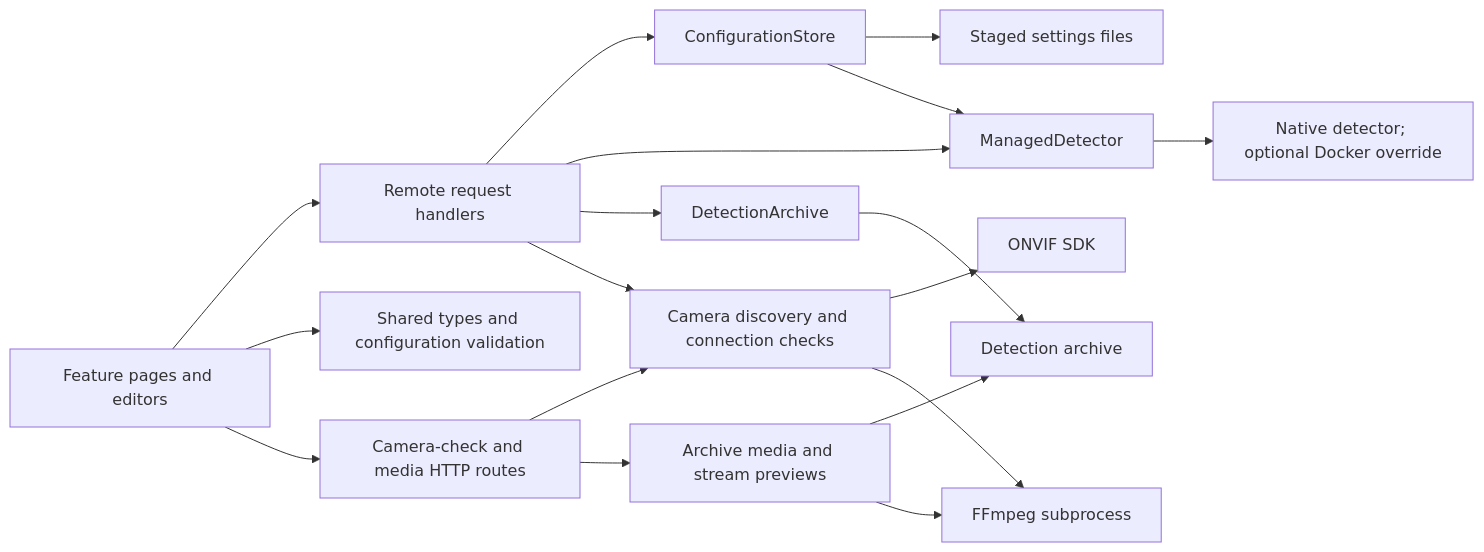
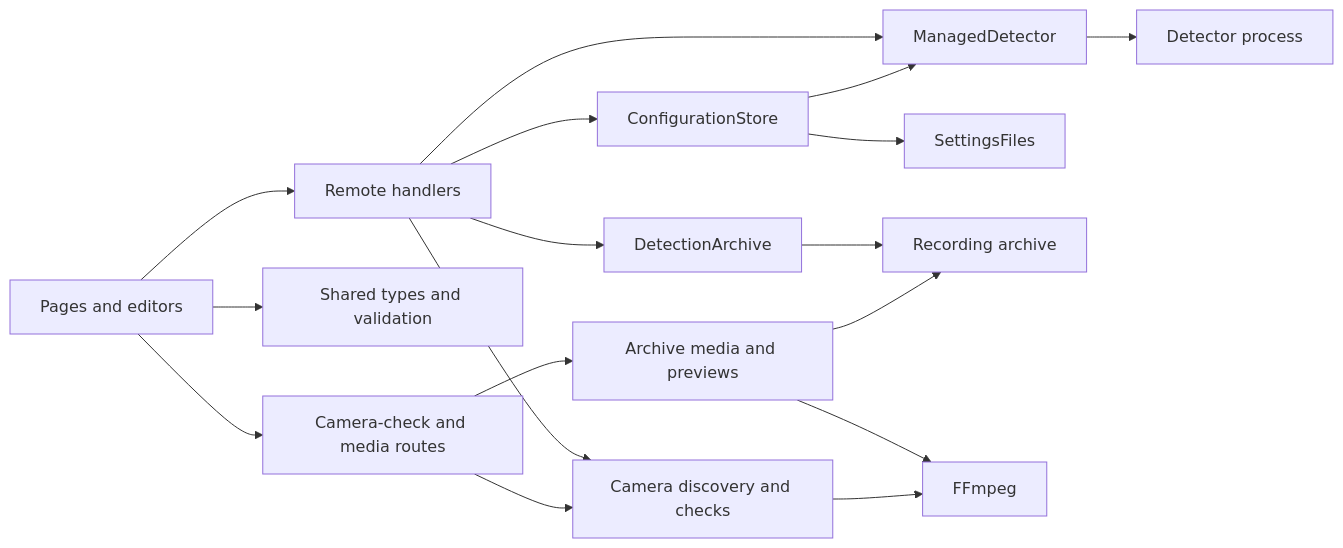
One commit to ESchouten/ai-detector changed the diagram in web/ARCHITECTURE.md. Above: the diagram before and after it, drawn with Mermaid. The commit also changed other lines of this file and 11 other files, not shown here.

````diff
--- a/web/ARCHITECTURE.md
+++ b/web/ARCHITECTURE.md
@@ -5,20 +7,19 @@
 ```mermaid
 flowchart LR
-    UI["Feature pages and editors"] --> Remote["Remote request handlers"]
-    UI --> Models["Shared types and configuration validation"]
+    UI["Pages and editors"] --> Remote["Remote handlers"]
+    UI --> Models["Shared types and validation"]
     Remote --> Config["ConfigurationStore"]
     Remote --> Runtime["ManagedDetector"]
     Remote --> Archive["DetectionArchive"]
-    Remote --> Cameras["Camera discovery and connection checks"]
-    Cameras --> ONVIF["ONVIF SDK"]
+    Remote --> Cameras["Camera discovery and checks"]
+    UI --> Routes["Camera-check and media routes"]
+    Routes --> Cameras
+    Routes --> Media["Archive media and previews"]
+    Config --> Files["SettingsFiles"]
+    Config --> Runtime
+    Archive --> Disk["Recording archive"]
+    Media --> Disk
+    Media --> FFmpeg
     Cameras --> FFmpeg
-    UI --> Routes["Camera-check and media HTTP routes"]
-    Routes --> Cameras
-    Routes --> Media["Archive media and stream previews"]
-    Config --> Files["Staged settings files"]
-    Config --> Runtime
-    Archive --> Disk["Detection archive"]
-    Media --> Disk
-    Media --> FFmpeg["FFmpeg subprocess"]
-    Runtime --> Process["Native detector; optional Docker override"]
+    Runtime --> Process["Detector process"]
 ```
````
